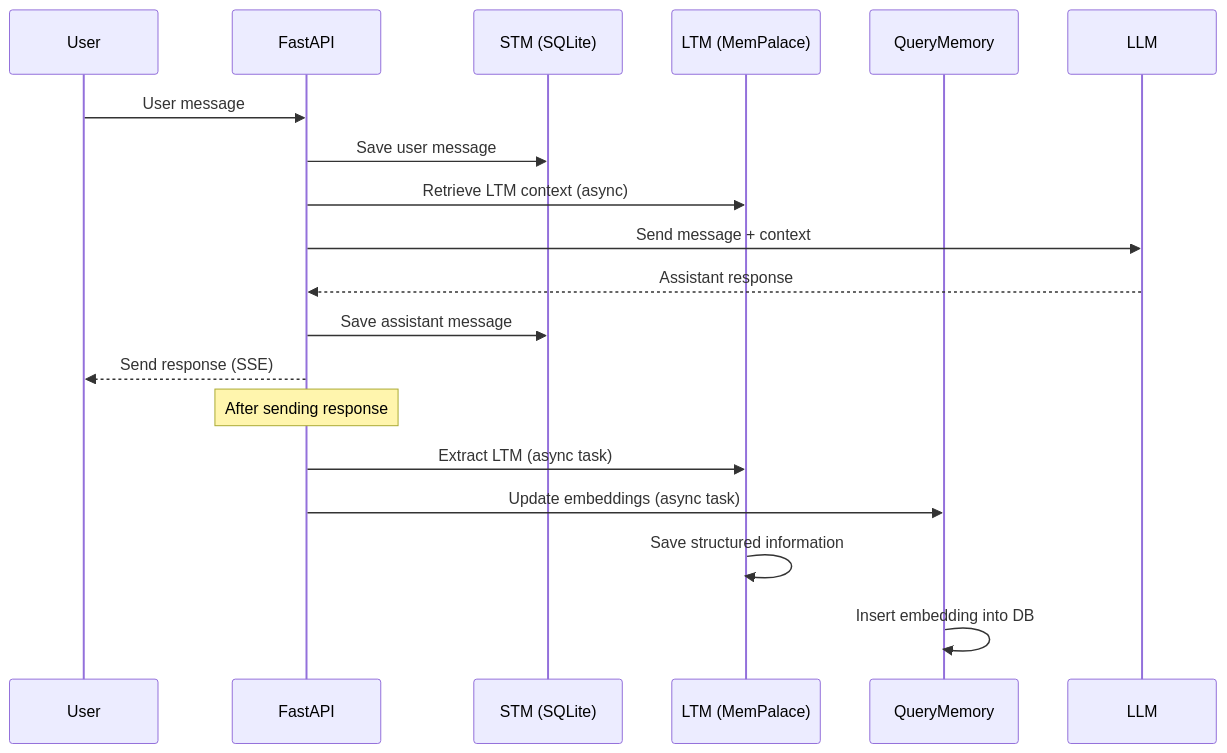
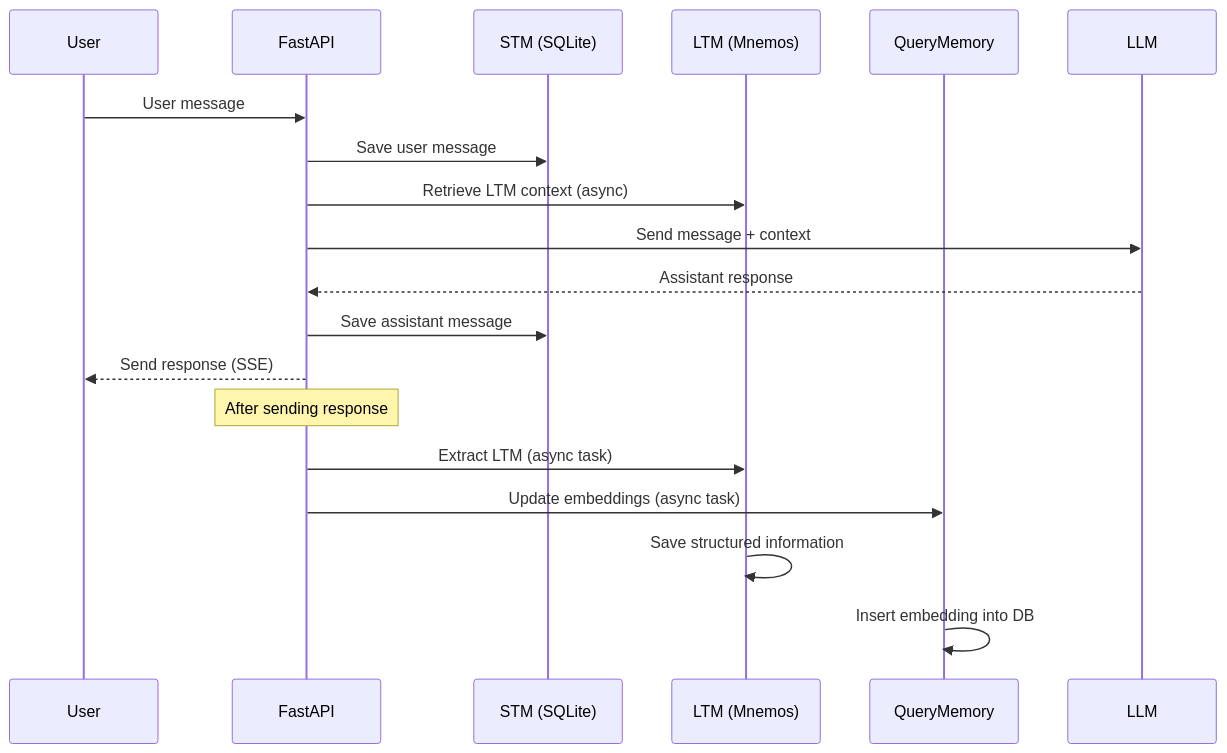
One commit to AION-by-ASA-Computer/AION_Agent changed the third of 3 diagrams in docs/memory/stm-ltm-and-query.md. Above: the diagram before and after it, drawn with Mermaid. The commit also changed other lines of this file and 137 other files, not shown here.

````diff
--- a/docs/memory/stm-ltm-and-query.md
+++ b/docs/memory/stm-ltm-and-query.md
@@ -226,24 +245,24 @@
 ```mermaid
 sequenceDiagram
     participant User as User
     participant API as FastAPI
     participant STM as STM (SQLite)
-    participant LTM as LTM (MemPalace)
+    participant LTM as LTM (Mnemos)
     participant QM as QueryMemory
     participant LLM as LLM
 
     User->>API: User message
     API->>STM: Save user message
     API->>LTM: Retrieve LTM context (async)
     API->>LLM: Send message + context
     LLM-->>API: Assistant response
     API->>STM: Save assistant message
     API-->>User: Send response (SSE)
     
     Note over API: After sending response
     
     API->>LTM: Extract LTM (async task)
     API->>QM: Update embeddings (async task)
     LTM->>LTM: Save structured information
     QM->>QM: Insert embedding into DB
 ```
````
